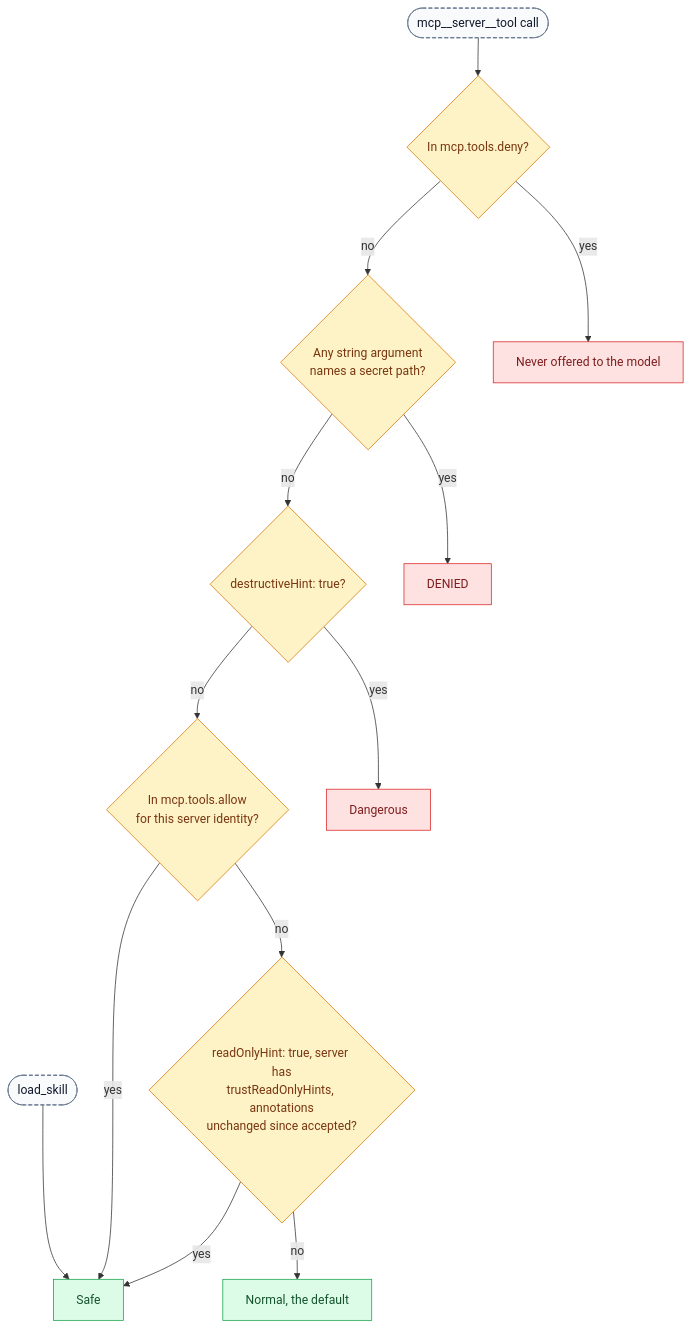
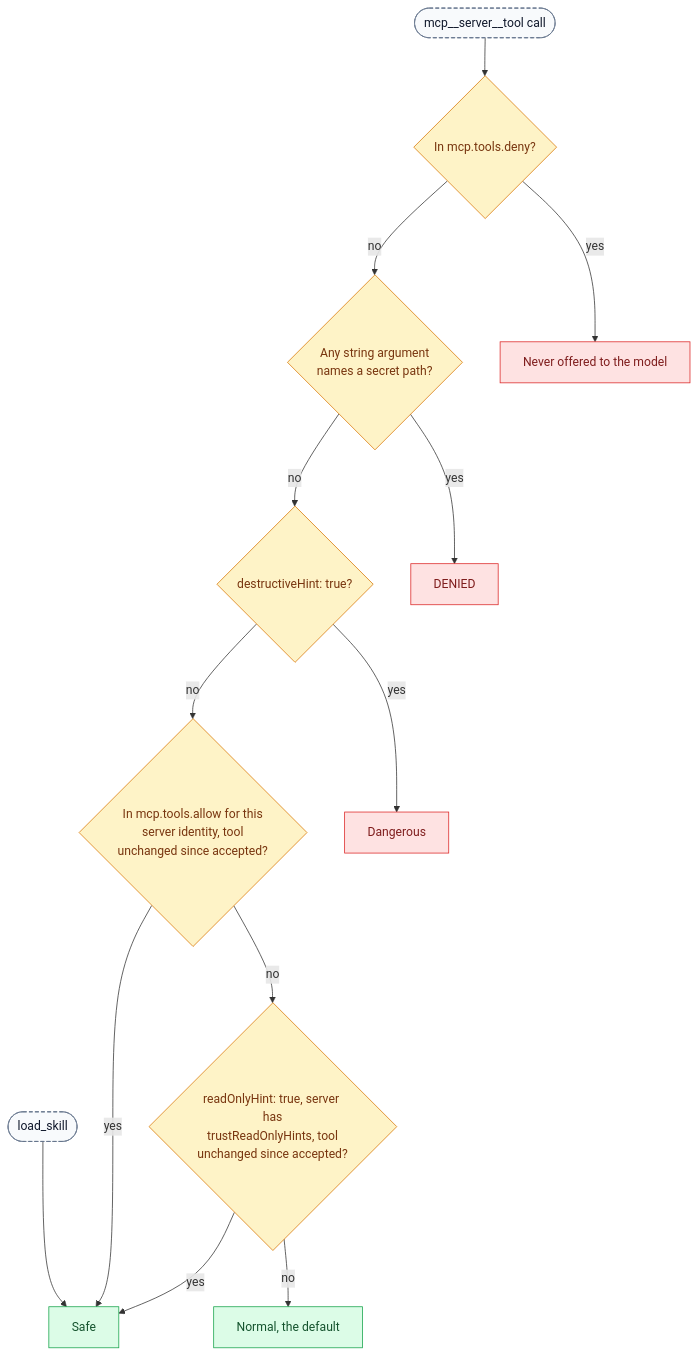
One commit to Dakshnagpal/antai-agent changed the fourth of 8 diagrams in docs/Deliverables/02_security_authorization_design.md. Above: the diagram before and after it, drawn with Mermaid. The commit also changed other lines of this file and 18 other files, not shown here.

````diff
--- a/docs/Deliverables/02_security_authorization_design.md
+++ b/docs/Deliverables/02_security_authorization_design.md
@@ -365,35 +368,35 @@
 ```mermaid
 flowchart TB
     IN(["mcp__server__tool call"])
     DN{"In mcp.tools.deny?"}
     ARG{"Any string argument<br/>names a secret path?"}
     DH{"destructiveHint: true?"}
-    AL{"In mcp.tools.allow<br/>for this server identity?"}
-    RO{"readOnlyHint: true, server has<br/>trustReadOnlyHints, annotations<br/>unchanged since accepted?"}
+    AL{"In mcp.tools.allow for this<br/>server identity, tool<br/>unchanged since accepted?"}
+    RO{"readOnlyHint: true, server has<br/>trustReadOnlyHints, tool<br/>unchanged since accepted?"}
     NOT["Never offered to the model"]
     DEN["DENIED"]
     DA["Dangerous"]
     S["Safe"]
     NO["Normal, the default"]
     LS(["load_skill"])
     LS --> S
     IN --> DN
     DN -- yes --> NOT
     DN -- no --> ARG
     ARG -- yes --> DEN
     ARG -- no --> DH
     DH -- yes --> DA
     DH -- no --> AL
     AL -- yes --> S
     AL -- no --> RO
     RO -- yes --> S
     RO -- no --> NO
     classDef safety fill:#fee2e2,stroke:#dc2626,color:#7f1d1d
     classDef infra fill:#fef3c7,stroke:#d97706,color:#78350f
     classDef core fill:#dcfce7,stroke:#16a34a,color:#14532d
     classDef ext fill:#f8fafc,stroke:#64748b,color:#0f172a,stroke-dasharray:5 3
     class DEN,DA,NOT safety
     class DN,ARG,DH,AL,RO infra
     class S,NO core
     class IN,LS ext
 ```
````
